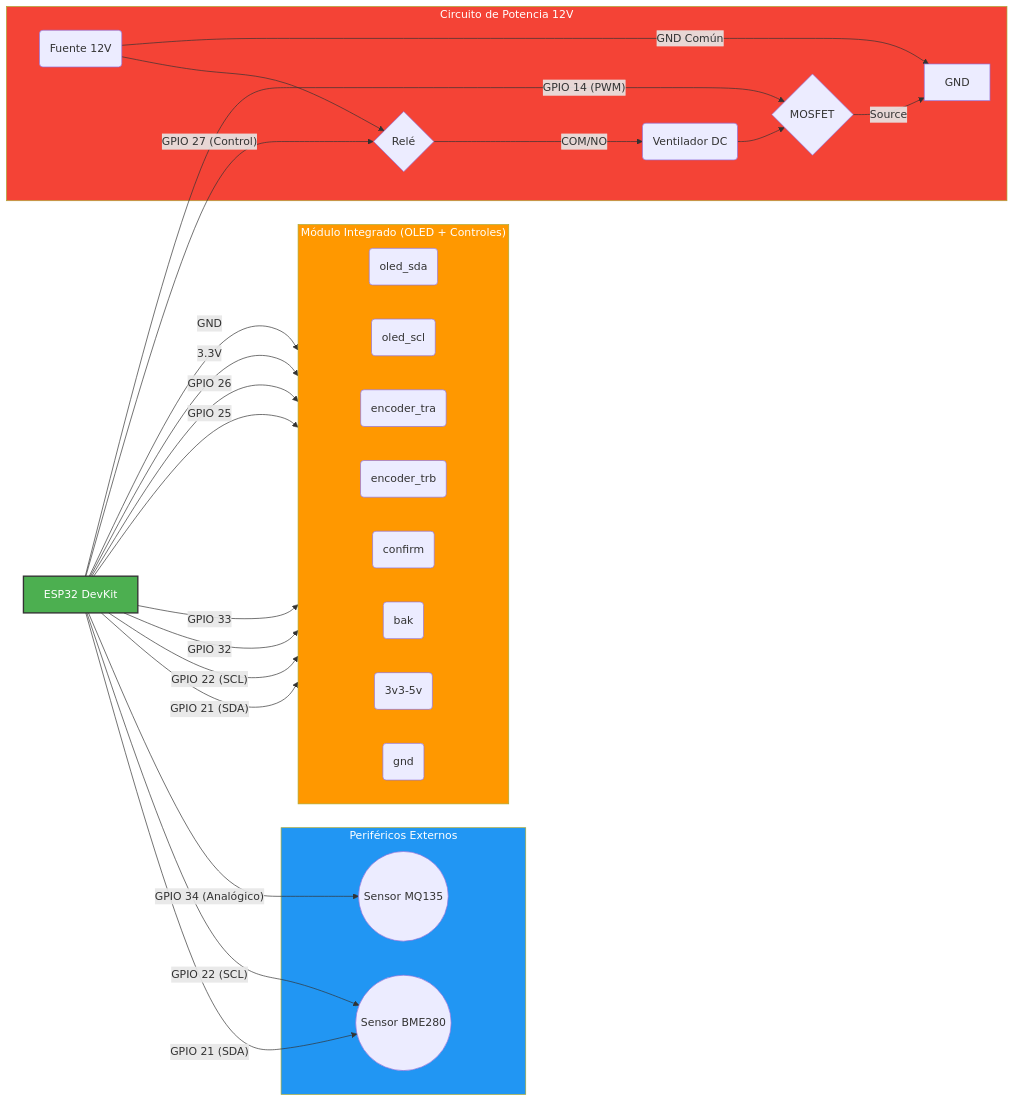
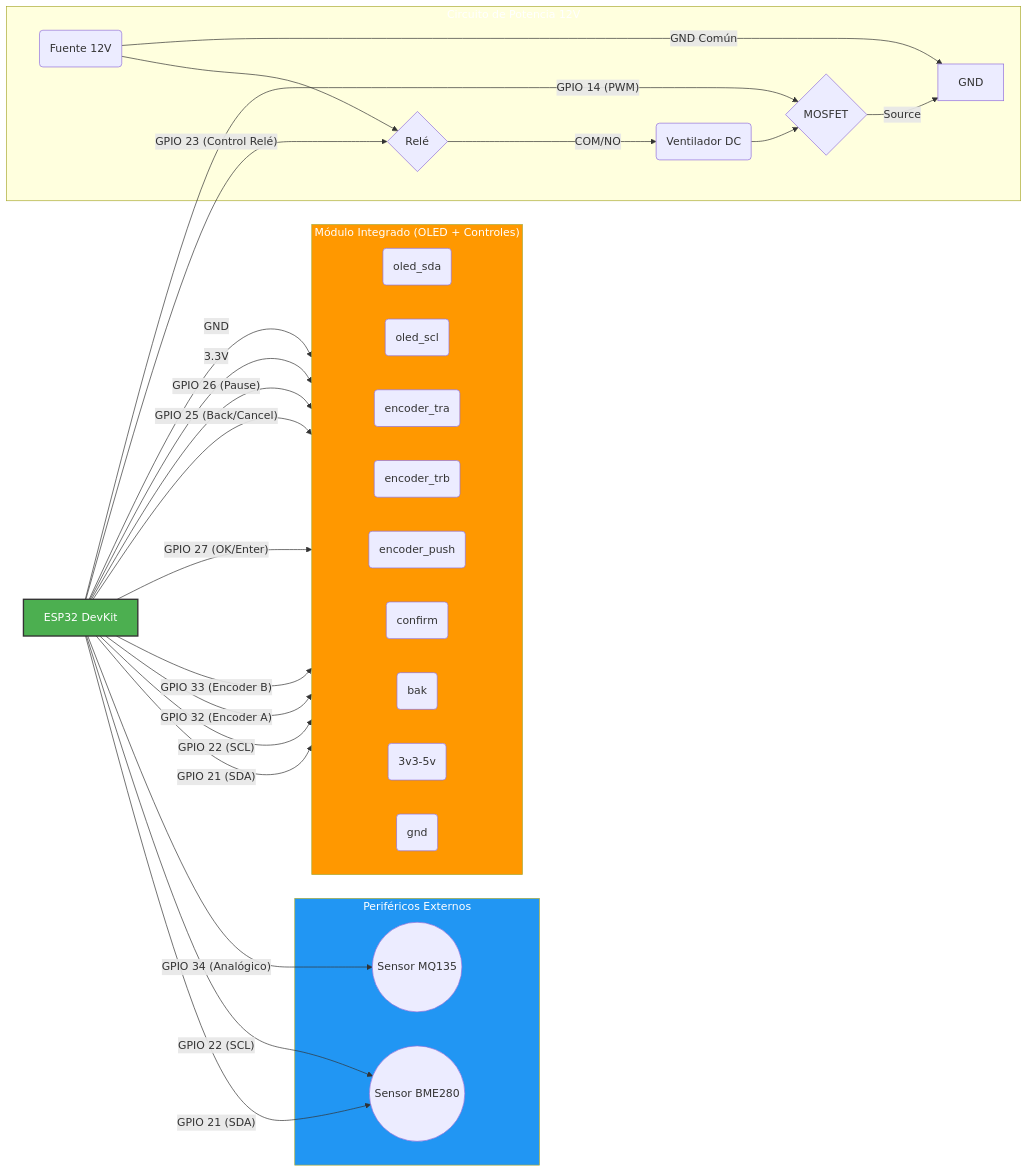
The diagram in docs/DIAGRAMA_CONEXIONES.md (RMedits/extractor-inteligente-firmware), drawn with Mermaid before and after one commit. The commit also changed other lines of this file and 6 other files, not shown here.

````diff
--- a/docs/DIAGRAMA_CONEXIONES.md
+++ b/docs/DIAGRAMA_CONEXIONES.md
@@ -5,53 +5,55 @@
 ```mermaid
 graph LR
     subgraph perifericos["Periféricos Externos"]
         BME280((Sensor BME280))
         MQ135((Sensor MQ135))
     end
 
     subgraph modulo["Módulo Integrado (OLED + Controles)"]
         direction LR
-        Pin1(oled_sda)
-        Pin2(oled_scl)
-        Pin3(encoder_tra)
-        Pin4(encoder_trb)
-        Pin5(confirm)
-        Pin6(bak)
-        Pin7(3v3-5v)
-        Pin8(gnd)
+        PinSDA(oled_sda)
+        PinSCL(oled_scl)
+        PinTRA(encoder_tra)
+        PinTRB(encoder_trb)
+        PinPush(encoder_push)
+        PinConfirm(confirm)
+        PinBak(bak)
+        Pin3V(3v3-5v)
+        PinGND(gnd)
     end
 
     subgraph potencia["Circuito de Potencia 12V"]
         Power12V(Fuente 12V) --> Relay{Relé};
         Relay -- COM/NO --> Fan(Ventilador DC);
         Fan --> MOSFET{MOSFET};
         MOSFET -- Source --> GND;
         Power12V -- "GND Común" --> GND;
     end
 
     ESP32[ESP32 DevKit]
 
     %% Conexiones al Módulo Integrado
-    ESP32 -- "GPIO 21 (SDA)" --> Pin1;
-    ESP32 -- "GPIO 22 (SCL)" --> Pin2;
-    ESP32 -- "GPIO 32" --> Pin3;
-    ESP32 -- "GPIO 33" --> Pin4;
-    ESP32 -- "GPIO 25" --> Pin5;
-    ESP32 -- "GPIO 26" --> Pin6;
-    ESP32 -- "3.3V" --> Pin7;
-    ESP32 -- "GND" --> Pin8;
+    ESP32 -- "GPIO 21 (SDA)" --> PinSDA;
+    ESP32 -- "GPIO 22 (SCL)" --> PinSCL;
+    ESP32 -- "GPIO 32 (Encoder A)" --> PinTRA;
+    ESP32 -- "GPIO 33 (Encoder B)" --> PinTRB;
+    ESP32 -- "GPIO 27 (OK/Enter)" --> PinPush;
+    ESP32 -- "GPIO 25 (Back/Cancel)" --> PinConfirm;
+    ESP32 -- "GPIO 26 (Pause)" --> PinBak;
+    ESP32 -- "3.3V" --> Pin3V;
+    ESP32 -- "GND" --> PinGND;
 
     %% Conexiones a otros periféricos
     ESP32 -- "GPIO 21 (SDA)" --> BME280;
     ESP32 -- "GPIO 22 (SCL)" --> BME280;
     ESP32 -- "GPIO 34 (Analógico)" --> MQ135;
     
     %% Conexiones al circuito de potencia
-    ESP32 -- "GPIO 27 (Control)" --> Relay;
+    ESP32 -- "GPIO 23 (Control Relé)" --> Relay;
     ESP32 -- "GPIO 14 (PWM)" --> MOSFET;
 
     style ESP32 fill:#4CAF50,stroke:#333,stroke-width:2px,color:#fff
     style perifericos fill:#2196F3,color:#fff
     style modulo fill:#FF9800,color:#fff
-    style potencia fill:#F44336,color:#fff
+    style potencia fill:#F4433G,color:#fff
 ```
````
